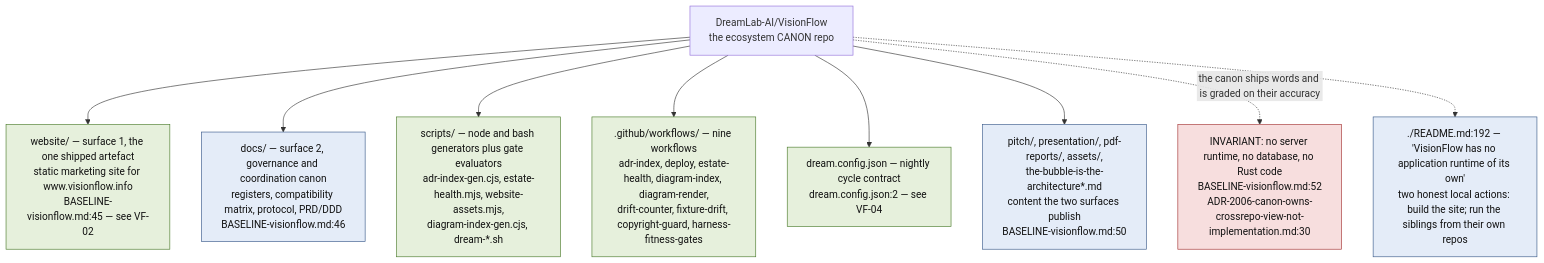
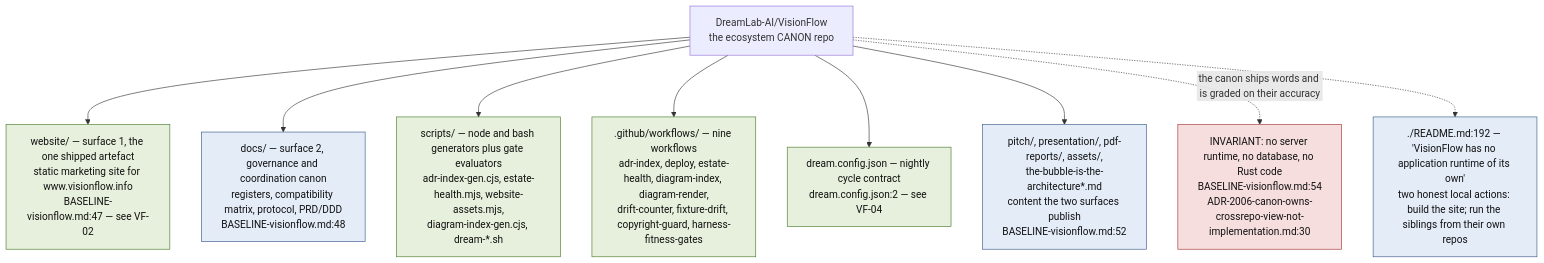
One commit to DreamLab-AI/VisionFlow changed the first of 14 diagrams in docs/diagrams/visionflow/01-repo-composition-and-canon.md. Above: the diagram before and after it, drawn with Mermaid. The commit also changed other lines of this file and 7 other files, not shown here.

````diff
--- a/docs/diagrams/visionflow/01-repo-composition-and-canon.md
+++ b/docs/diagrams/visionflow/01-repo-composition-and-canon.md
@@ -55,21 +62,21 @@
 ```mermaid
 flowchart TB
     classDef ships fill:#e6f0dc,stroke:#4a7a2a,color:#111
     classDef absent fill:#f7dede,stroke:#a33333,color:#111
     classDef doc fill:#e4ecf8,stroke:#3a5a8a,color:#111
 
     ROOT["DreamLab-AI/VisionFlow<br/>the ecosystem CANON repo"]
 
-    ROOT --> W["website/ — surface 1, the one shipped artefact<br/>static marketing site for www.visionflow.info<br/>BASELINE-visionflow.md:45 — see VF-02"]:::ships
-    ROOT --> D["docs/ — surface 2, governance and coordination canon<br/>registers, compatibility matrix, protocol, PRD/DDD<br/>BASELINE-visionflow.md:46"]:::doc
+    ROOT --> W["website/ — surface 1, the one shipped artefact<br/>static marketing site for www.visionflow.info<br/>BASELINE-visionflow.md:47 — see VF-02"]:::ships
+    ROOT --> D["docs/ — surface 2, governance and coordination canon<br/>registers, compatibility matrix, protocol, PRD/DDD<br/>BASELINE-visionflow.md:48"]:::doc
     ROOT --> S["scripts/ — node and bash generators plus gate evaluators<br/>adr-index-gen.cjs, estate-health.mjs, website-assets.mjs,<br/>diagram-index-gen.cjs, dream-*.sh"]:::ships
     ROOT --> GH[".github/workflows/ — nine workflows<br/>adr-index, deploy, estate-health, diagram-index, diagram-render,<br/>drift-counter, fixture-drift, copyright-guard, harness-fitness-gates"]:::ships
     ROOT --> DREAM["dream.config.json — nightly cycle contract<br/>dream.config.json:2 — see VF-04"]:::ships
-    ROOT --> CONTENT["pitch/, presentation/, pdf-reports/, assets/,<br/>the-bubble-is-the-architecture*.md<br/>content the two surfaces publish<br/>BASELINE-visionflow.md:50"]:::doc
+    ROOT --> CONTENT["pitch/, presentation/, pdf-reports/, assets/,<br/>the-bubble-is-the-architecture*.md<br/>content the two surfaces publish<br/>BASELINE-visionflow.md:52"]:::doc
 
-    ABSENT["INVARIANT: no server runtime, no database, no Rust code<br/>BASELINE-visionflow.md:52<br/>ADR-2006-canon-owns-crossrepo-view-not-implementation.md:30"]:::absent
+    ABSENT["INVARIANT: no server runtime, no database, no Rust code<br/>BASELINE-visionflow.md:54<br/>ADR-2006-canon-owns-crossrepo-view-not-implementation.md:30"]:::absent
     ROOT -.->|"the canon ships words and is graded on their accuracy"| ABSENT
 
     QUICK["./README.md:192 — 'VisionFlow has no application runtime of its own'<br/>two honest local actions: build the site; run the siblings from their own repos"]:::doc
     ROOT -.-> QUICK
 ```
````
